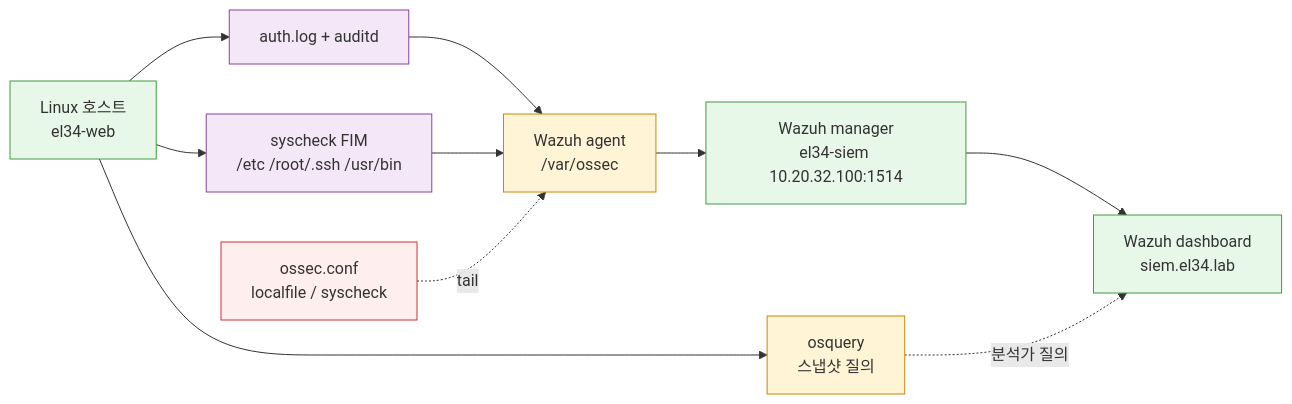
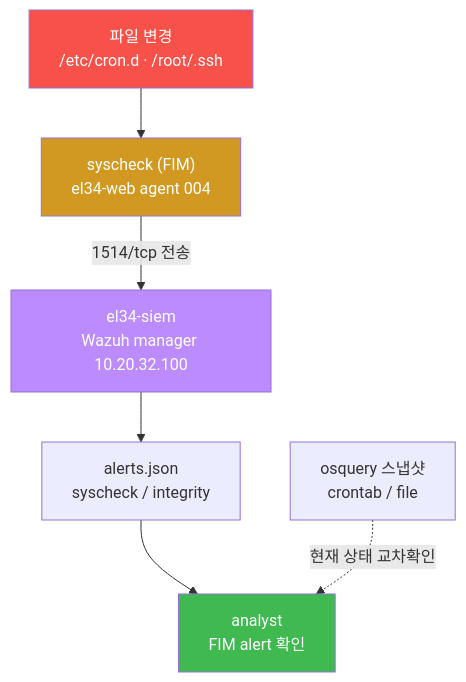
The fourth of 6 diagrams in contents/training/secuops/lecture_week07.md (mrgrit/tw2), drawn with Mermaid before and after one commit. The commit also changed other lines of this file and 6 other files, not shown here.

````diff
--- a/contents/training/secuops/lecture_week07.md
+++ b/contents/training/secuops/lecture_week07.md
@@ -138,23 +333,12 @@
 ```mermaid
-flowchart LR
-    OS[Linux 호스트<br/>el34-web]:::lin
-    AU[auth.log + auditd]:::ch
-    FI[syscheck FIM<br/>/etc /root/.ssh /usr/bin]:::ch
-    OQ[osquery<br/>스냅샷 질의]:::ag
-    WA[Wazuh agent<br/>/var/ossec]:::ag
-    OC[ossec.conf<br/>localfile / syscheck]:::cfg
-    MG[Wazuh manager<br/>el34-siem 10.20.32.100:1514]:::svc
-    DA[Wazuh dashboard<br/>siem.el34.lab]:::svc
-
-    OS --> AU --> WA
-    OS --> FI --> WA
-    OS --> OQ
-    OC -.tail.-> WA
-    WA --> MG --> DA
-    OQ -. 분석가 질의 .-> DA
-    classDef lin fill:#e8f8e8,stroke:#494
-    classDef ch fill:#f4e8f8,stroke:#849
-    classDef ag fill:#fff5d6,stroke:#c80
-    classDef cfg fill:#fee,stroke:#c33
-    classDef svc fill:#e8f8e8,stroke:#494
+graph TD
+    F["파일 변경<br/>/etc/cron.d · /root/.ssh"] --> SC["syscheck (FIM)<br/>el34-web agent 004"]
+    SC -->|"1514/tcp 전송"| MG["el34-siem<br/>Wazuh manager 10.20.32.100"]
+    MG --> AL["alerts.json<br/>syscheck / integrity"]
+    AL --> AN["analyst<br/>FIM alert 확인"]
+    OQ["osquery 스냅샷<br/>crontab / file"] -.->|"현재 상태 교차확인"| AN
+    style F fill:#f85149,color:#fff
+    style SC fill:#d29922,color:#fff
+    style MG fill:#bc8cff,color:#fff
+    style AN fill:#3fb950,color:#fff
 ```
````
